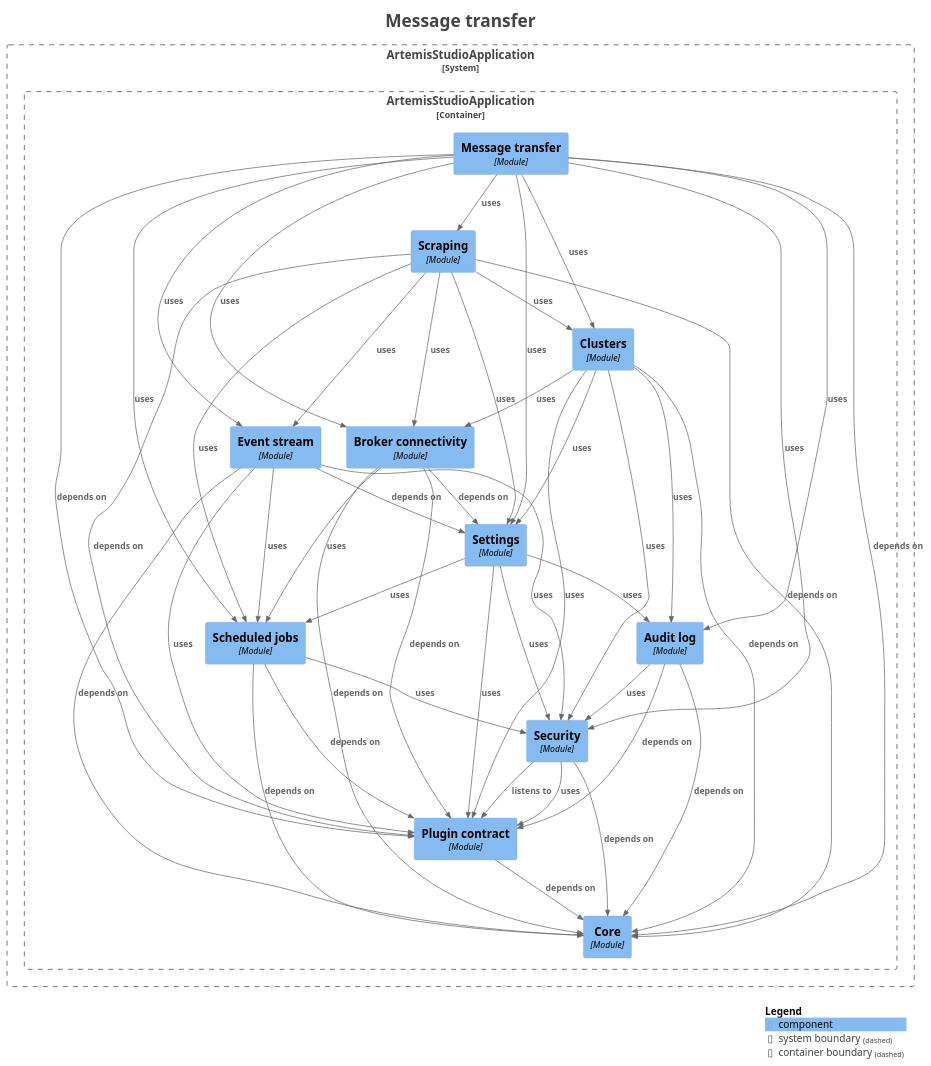
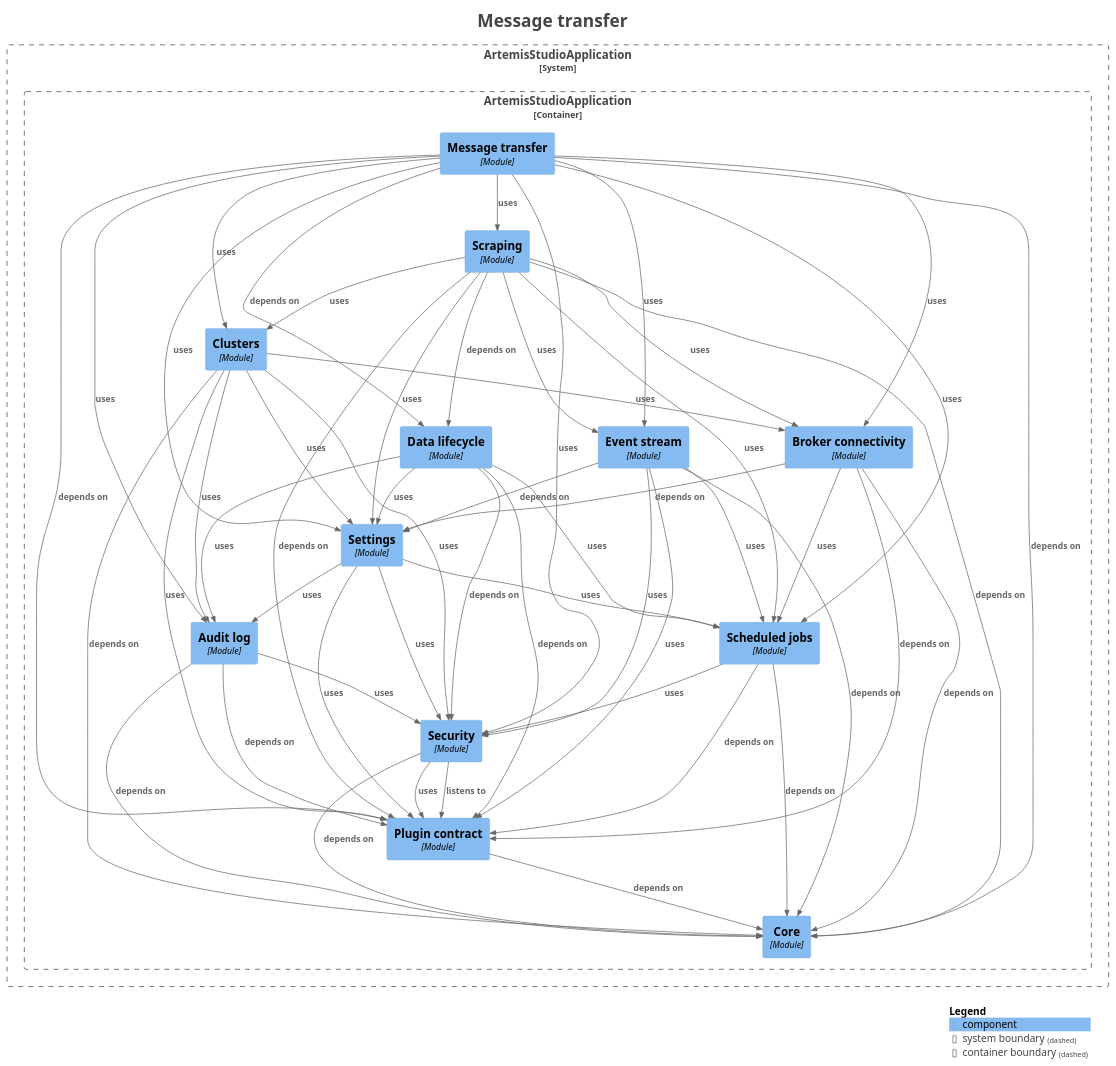
The diagram in docs/modules/module-feature.transfer.puml (sudoitir/artemis-studio), drawn with PlantUML before and after one commit. The commit also changed 96 other files, not shown here.

```diff
--- a/docs/modules/module-feature.transfer.puml
+++ b/docs/modules/module-feature.transfer.puml
@@ -1,84 +1,92 @@
 @startuml
 title <size:24>Message transfer</size>
 
 set separator none
 top to bottom direction
 
 <style>
   root {
     BackgroundColor: #ffffff
     FontColor: #444444
   }
 </style>
 
 !include <C4/C4>
 !include <C4/C4_Context>
 !include <C4/C4_Component>
 
 System_Boundary("ArtemisStudioApplication_boundary", "ArtemisStudioApplication", $tags="") {
   Container_Boundary("ArtemisStudioApplication.ArtemisStudioApplication_boundary", "ArtemisStudioApplication", $tags="") {
     Component(ArtemisStudioApplication.ArtemisStudioApplication.Settings, "Settings", $techn="Module", $descr="", $tags="", $link="")
+    Component(ArtemisStudioApplication.ArtemisStudioApplication.Datalifecycle, "Data lifecycle", $techn="Module", $descr="", $tags="", $link="")
     Component(ArtemisStudioApplication.ArtemisStudioApplication.Eventstream, "Event stream", $techn="Module", $descr="", $tags="", $link="")
     Component(ArtemisStudioApplication.ArtemisStudioApplication.Brokerconnectivity, "Broker connectivity", $techn="Module", $descr="", $tags="", $link="")
     Component(ArtemisStudioApplication.ArtemisStudioApplication.Clusters, "Clusters", $techn="Module", $descr="", $tags="", $link="")
     Component(ArtemisStudioApplication.ArtemisStudioApplication.Scraping, "Scraping", $techn="Module", $descr="", $tags="", $link="")
     Component(ArtemisStudioApplication.ArtemisStudioApplication.Messagetransfer, "Message transfer", $techn="Module", $descr="", $tags="", $link="")
     Component(ArtemisStudioApplication.ArtemisStudioApplication.Core, "Core", $techn="Module", $descr="", $tags="", $link="")
     Component(ArtemisStudioApplication.ArtemisStudioApplication.Plugincontract, "Plugin contract", $techn="Module", $descr="", $tags="", $link="")
     Component(ArtemisStudioApplication.ArtemisStudioApplication.Security, "Security", $techn="Module", $descr="", $tags="", $link="")
     Component(ArtemisStudioApplication.ArtemisStudioApplication.Auditlog, "Audit log", $techn="Module", $descr="", $tags="", $link="")
     Component(ArtemisStudioApplication.ArtemisStudioApplication.Scheduledjobs, "Scheduled jobs", $techn="Module", $descr="", $tags="", $link="")
   }
 
 }
 
 Rel(ArtemisStudioApplication.ArtemisStudioApplication.Auditlog, ArtemisStudioApplication.ArtemisStudioApplication.Core, "depends on", $techn="", $tags="", $link="")
 Rel(ArtemisStudioApplication.ArtemisStudioApplication.Auditlog, ArtemisStudioApplication.ArtemisStudioApplication.Plugincontract, "depends on", $techn="", $tags="", $link="")
 Rel(ArtemisStudioApplication.ArtemisStudioApplication.Auditlog, ArtemisStudioApplication.ArtemisStudioApplication.Security, "uses", $techn="", $tags="", $link="")
 Rel(ArtemisStudioApplication.ArtemisStudioApplication.Brokerconnectivity, ArtemisStudioApplication.ArtemisStudioApplication.Core, "depends on", $techn="", $tags="", $link="")
 Rel(ArtemisStudioApplication.ArtemisStudioApplication.Brokerconnectivity, ArtemisStudioApplication.ArtemisStudioApplication.Plugincontract, "depends on", $techn="", $tags="", $link="")
 Rel(ArtemisStudioApplication.ArtemisStudioApplication.Brokerconnectivity, ArtemisStudioApplication.ArtemisStudioApplication.Scheduledjobs, "uses", $techn="", $tags="", $link="")
 Rel(ArtemisStudioApplication.ArtemisStudioApplication.Brokerconnectivity, ArtemisStudioApplication.ArtemisStudioApplication.Settings, "depends on", $techn="", $tags="", $link="")
 Rel(ArtemisStudioApplication.ArtemisStudioApplication.Clusters, ArtemisStudioApplication.ArtemisStudioApplication.Auditlog, "uses", $techn="", $tags="", $link="")
 Rel(ArtemisStudioApplication.ArtemisStudioApplication.Clusters, ArtemisStudioApplication.ArtemisStudioApplication.Brokerconnectivity, "uses", $techn="", $tags="", $link="")
 Rel(ArtemisStudioApplication.ArtemisStudioApplication.Clusters, ArtemisStudioApplication.ArtemisStudioApplication.Core, "depends on", $techn="", $tags="", $link="")
 Rel(ArtemisStudioApplication.ArtemisStudioApplication.Clusters, ArtemisStudioApplication.ArtemisStudioApplication.Plugincontract, "uses", $techn="", $tags="", $link="")
 Rel(ArtemisStudioApplication.ArtemisStudioApplication.Clusters, ArtemisStudioApplication.ArtemisStudioApplication.Security, "uses", $techn="", $tags="", $link="")
 Rel(ArtemisStudioApplication.ArtemisStudioApplication.Clusters, ArtemisStudioApplication.ArtemisStudioApplication.Settings, "uses", $techn="", $tags="", $link="")
+Rel(ArtemisStudioApplication.ArtemisStudioApplication.Datalifecycle, ArtemisStudioApplication.ArtemisStudioApplication.Auditlog, "uses", $techn="", $tags="", $link="")
+Rel(ArtemisStudioApplication.ArtemisStudioApplication.Datalifecycle, ArtemisStudioApplication.ArtemisStudioApplication.Plugincontract, "depends on", $techn="", $tags="", $link="")
+Rel(ArtemisStudioApplication.ArtemisStudioApplication.Datalifecycle, ArtemisStudioApplication.ArtemisStudioApplication.Scheduledjobs, "uses", $techn="", $tags="", $link="")
+Rel(ArtemisStudioApplication.ArtemisStudioApplication.Datalifecycle, ArtemisStudioApplication.ArtemisStudioApplication.Security, "depends on", $techn="", $tags="", $link="")
+Rel(ArtemisStudioApplication.ArtemisStudioApplication.Datalifecycle, ArtemisStudioApplication.ArtemisStudioApplication.Settings, "uses", $techn="", $tags="", $link="")
 Rel(ArtemisStudioApplication.ArtemisStudioApplication.Eventstream, ArtemisStudioApplication.ArtemisStudioApplication.Core, "depends on", $techn="", $tags="", $link="")
 Rel(ArtemisStudioApplication.ArtemisStudioApplication.Eventstream, ArtemisStudioApplication.ArtemisStudioApplication.Plugincontract, "uses", $techn="", $tags="", $link="")
 Rel(ArtemisStudioApplication.ArtemisStudioApplication.Eventstream, ArtemisStudioApplication.ArtemisStudioApplication.Scheduledjobs, "uses", $techn="", $tags="", $link="")
 Rel(ArtemisStudioApplication.ArtemisStudioApplication.Eventstream, ArtemisStudioApplication.ArtemisStudioApplication.Security, "uses", $techn="", $tags="", $link="")
 Rel(ArtemisStudioApplication.ArtemisStudioApplication.Eventstream, ArtemisStudioApplication.ArtemisStudioApplication.Settings, "depends on", $techn="", $tags="", $link="")
 Rel(ArtemisStudioApplication.ArtemisStudioApplication.Messagetransfer, ArtemisStudioApplication.ArtemisStudioApplication.Auditlog, "uses", $techn="", $tags="", $link="")
 Rel(ArtemisStudioApplication.ArtemisStudioApplication.Messagetransfer, ArtemisStudioApplication.ArtemisStudioApplication.Brokerconnectivity, "uses", $techn="", $tags="", $link="")
 Rel(ArtemisStudioApplication.ArtemisStudioApplication.Messagetransfer, ArtemisStudioApplication.ArtemisStudioApplication.Clusters, "uses", $techn="", $tags="", $link="")
 Rel(ArtemisStudioApplication.ArtemisStudioApplication.Messagetransfer, ArtemisStudioApplication.ArtemisStudioApplication.Core, "depends on", $techn="", $tags="", $link="")
+Rel(ArtemisStudioApplication.ArtemisStudioApplication.Messagetransfer, ArtemisStudioApplication.ArtemisStudioApplication.Datalifecycle, "depends on", $techn="", $tags="", $link="")
 Rel(ArtemisStudioApplication.ArtemisStudioApplication.Messagetransfer, ArtemisStudioApplication.ArtemisStudioApplication.Eventstream, "uses", $techn="", $tags="", $link="")
 Rel(ArtemisStudioApplication.ArtemisStudioApplication.Messagetransfer, ArtemisStudioApplication.ArtemisStudioApplication.Plugincontract, "depends on", $techn="", $tags="", $link="")
 Rel(ArtemisStudioApplication.ArtemisStudioApplication.Messagetransfer, ArtemisStudioApplication.ArtemisStudioApplication.Scheduledjobs, "uses", $techn="", $tags="", $link="")
 Rel(ArtemisStudioApplication.ArtemisStudioApplication.Messagetransfer, ArtemisStudioApplication.ArtemisStudioApplication.Scraping, "uses", $techn="", $tags="", $link="")
 Rel(ArtemisStudioApplication.ArtemisStudioApplication.Messagetransfer, ArtemisStudioApplication.ArtemisStudioApplication.Security, "uses", $techn="", $tags="", $link="")
 Rel(ArtemisStudioApplication.ArtemisStudioApplication.Messagetransfer, ArtemisStudioApplication.ArtemisStudioApplication.Settings, "uses", $techn="", $tags="", $link="")
 Rel(ArtemisStudioApplication.ArtemisStudioApplication.Plugincontract, ArtemisStudioApplication.ArtemisStudioApplication.Core, "depends on", $techn="", $tags="", $link="")
 Rel(ArtemisStudioApplication.ArtemisStudioApplication.Scheduledjobs, ArtemisStudioApplication.ArtemisStudioApplication.Core, "depends on", $techn="", $tags="", $link="")
 Rel(ArtemisStudioApplication.ArtemisStudioApplication.Scheduledjobs, ArtemisStudioApplication.ArtemisStudioApplication.Plugincontract, "depends on", $techn="", $tags="", $link="")
 Rel(ArtemisStudioApplication.ArtemisStudioApplication.Scheduledjobs, ArtemisStudioApplication.ArtemisStudioApplication.Security, "uses", $techn="", $tags="", $link="")
 Rel(ArtemisStudioApplication.ArtemisStudioApplication.Scraping, ArtemisStudioApplication.ArtemisStudioApplication.Brokerconnectivity, "uses", $techn="", $tags="", $link="")
 Rel(ArtemisStudioApplication.ArtemisStudioApplication.Scraping, ArtemisStudioApplication.ArtemisStudioApplication.Clusters, "uses", $techn="", $tags="", $link="")
 Rel(ArtemisStudioApplication.ArtemisStudioApplication.Scraping, ArtemisStudioApplication.ArtemisStudioApplication.Core, "depends on", $techn="", $tags="", $link="")
+Rel(ArtemisStudioApplication.ArtemisStudioApplication.Scraping, ArtemisStudioApplication.ArtemisStudioApplication.Datalifecycle, "depends on", $techn="", $tags="", $link="")
 Rel(ArtemisStudioApplication.ArtemisStudioApplication.Scraping, ArtemisStudioApplication.ArtemisStudioApplication.Eventstream, "uses", $techn="", $tags="", $link="")
 Rel(ArtemisStudioApplication.ArtemisStudioApplication.Scraping, ArtemisStudioApplication.ArtemisStudioApplication.Plugincontract, "depends on", $techn="", $tags="", $link="")
 Rel(ArtemisStudioApplication.ArtemisStudioApplication.Scraping, ArtemisStudioApplication.ArtemisStudioApplication.Scheduledjobs, "uses", $techn="", $tags="", $link="")
 Rel(ArtemisStudioApplication.ArtemisStudioApplication.Scraping, ArtemisStudioApplication.ArtemisStudioApplication.Settings, "uses", $techn="", $tags="", $link="")
 Rel(ArtemisStudioApplication.ArtemisStudioApplication.Security, ArtemisStudioApplication.ArtemisStudioApplication.Core, "depends on", $techn="", $tags="", $link="")
 Rel(ArtemisStudioApplication.ArtemisStudioApplication.Security, ArtemisStudioApplication.ArtemisStudioApplication.Plugincontract, "listens to", $techn="", $tags="", $link="")
 Rel(ArtemisStudioApplication.ArtemisStudioApplication.Security, ArtemisStudioApplication.ArtemisStudioApplication.Plugincontract, "uses", $techn="", $tags="", $link="")
 Rel(ArtemisStudioApplication.ArtemisStudioApplication.Settings, ArtemisStudioApplication.ArtemisStudioApplication.Auditlog, "uses", $techn="", $tags="", $link="")
 Rel(ArtemisStudioApplication.ArtemisStudioApplication.Settings, ArtemisStudioApplication.ArtemisStudioApplication.Plugincontract, "uses", $techn="", $tags="", $link="")
 Rel(ArtemisStudioApplication.ArtemisStudioApplication.Settings, ArtemisStudioApplication.ArtemisStudioApplication.Scheduledjobs, "uses", $techn="", $tags="", $link="")
 Rel(ArtemisStudioApplication.ArtemisStudioApplication.Settings, ArtemisStudioApplication.ArtemisStudioApplication.Security, "uses", $techn="", $tags="", $link="")
 
 SHOW_LEGEND(true)
 hide stereotypes
 @enduml
```
